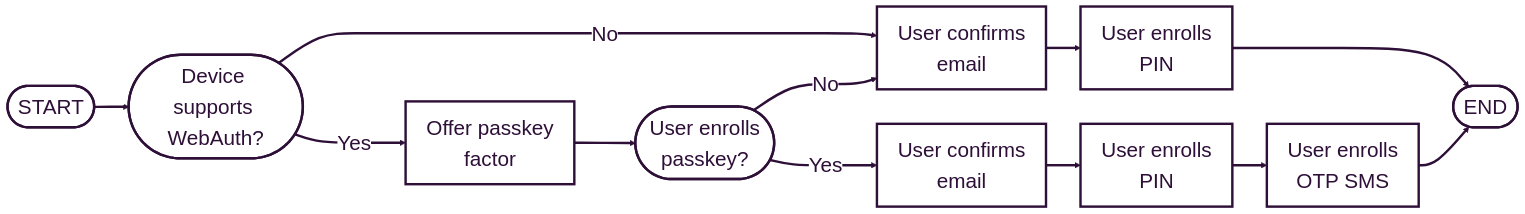
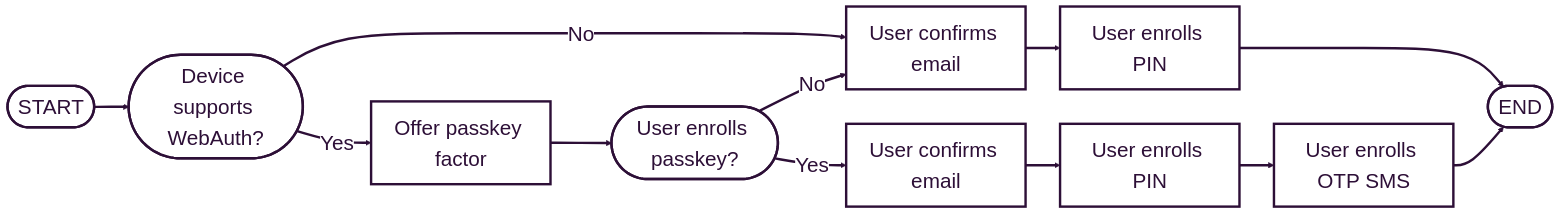
Before and after one commit to Mangopay/docs: the first of 3 diagrams in guides/sca/factors.mdx, drawn with Mermaid. The commit also changed other lines of this file, not shown here.

````diff
--- a/guides/sca/factors.mdx
+++ b/guides/sca/factors.mdx
@@ -137,41 +137,43 @@
 ```mermaid
 %%{
   init: {
     'theme': 'base',
     'themeVariables': {
       'primaryColor': '#FFFFFF',
       'primaryTextColor': '#2D0F37',
       'primaryBorderColor': '#2D0F37',
       'lineColor': '#2D0F37',
       'secondaryColor': '#FFFFFF',
       'tertiaryColor': '#FFFFFF',
       'fontSize': '30px',
       'fontFamily': 'Inter'
     }
   }
 }%%
 flowchart LR
-    n6["Offer passkey <br>factor"] ==> n7(["User enrolls <br>passkey?"])
-    n8["User confirms <br>email"] ==> n11["User enrolls <br>PIN"]
+    n6["Offer passkey factor"] ==> n7(["User enrolls passkey?"])
+    n8["User confirms email"] ==> n11["User enrolls PIN"]
     n11 ==> n13(["END"])
-    n14(["START"]) ==> n4(["Device supports <br>WebAuth?"])
-    n12["User confirms <br>email"] ==> n15["User enrolls <br>PIN"]
-    n15 ==> n16["User enrolls <br>OTP SMS"]
+    n14(["START"]) ==> n4(["Device supports WebAuth?"])
+    n12["User confirms email"] ==> n15["User enrolls PIN"]
+    n15 ==> n16["User enrolls OTP SMS"]
     n16 ==> n13
-    n4 ==  No  ===> n8 
-    n4 ==  Yes  ===> n6
-    n7 ==  No  ===> n8 
-    n7 ==  Yes  ===> n12
+    n4 == Yes ==> n6
+    n4 == No ==> n8
+    n7 == No ==> n8
+    n7 == Yes ==> n12
+
     n6@{ shape: rect}
     n8@{ shape: rect}
+
     style n4 stroke-width:3.5px
     style n6 stroke-width:3.5px
     style n7 stroke-width:3.5px
     style n8 stroke-width:3.5px
     style n11 stroke-width:3.5px
     style n12 stroke-width:3.5px
     style n13 stroke-width:3.5px
     style n14 stroke-width:3.5px
     style n15 stroke-width:3.5px
     style n16 stroke-width:3.5px
 ```
````
